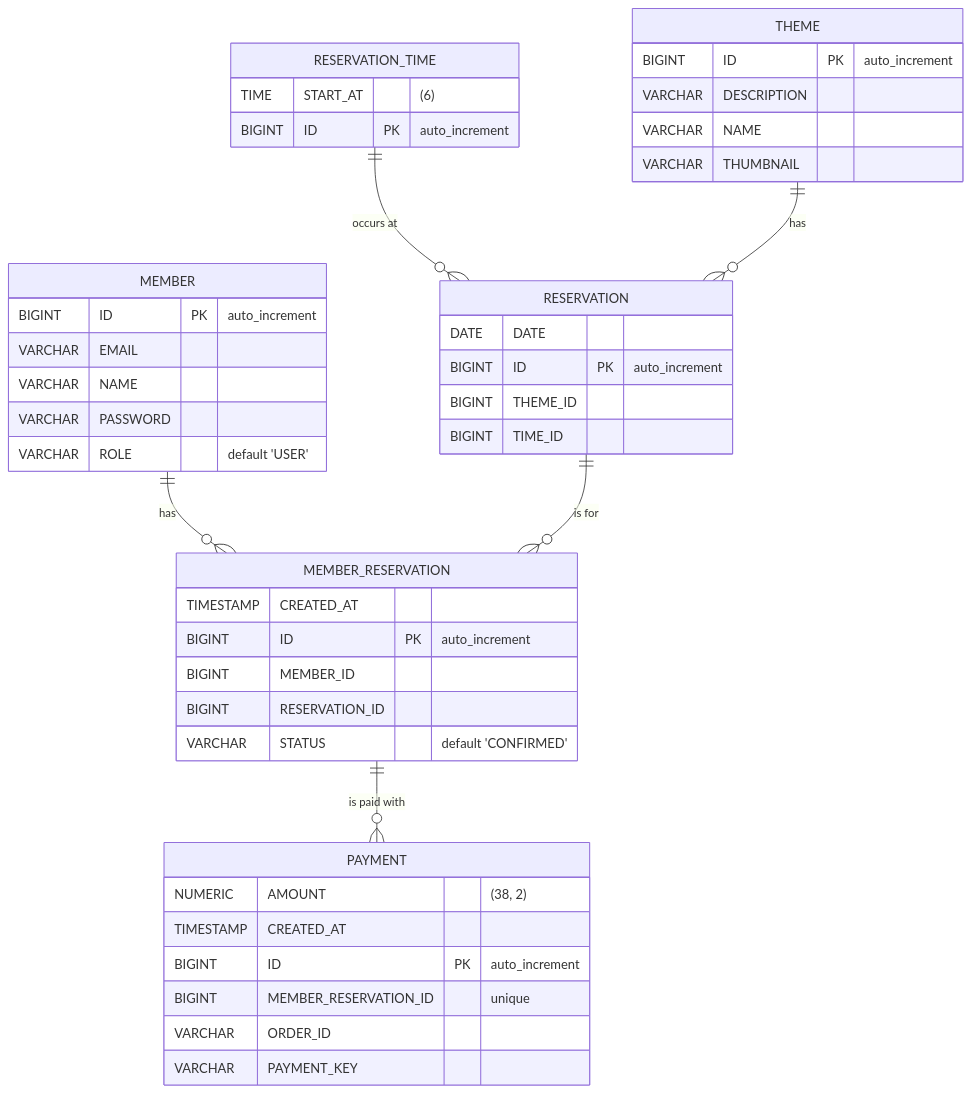
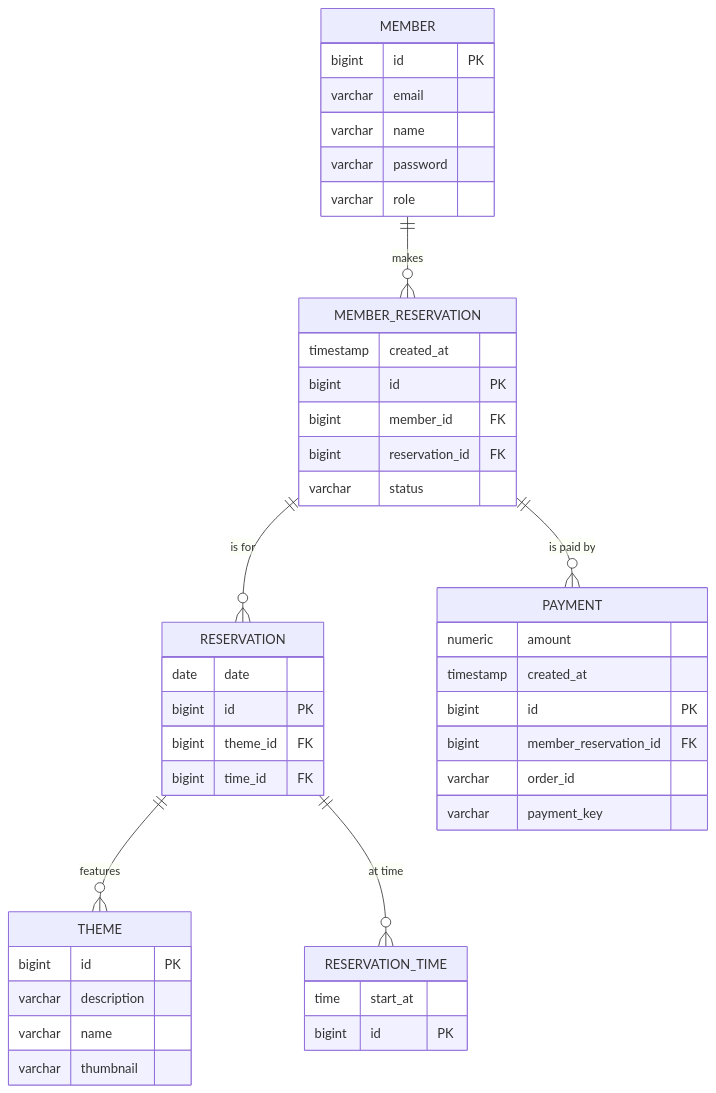
The diagram in README.md (woowacourse/spring-roomescape-payment), drawn with Mermaid before and after one commit. The commit also changed other lines of this file, not shown here.

Commit message:
docs: ERD 수정 및 이모지 추가

````diff
--- a/README.md
+++ b/README.md
@@ -39,52 +46,52 @@
 ```mermaid
 erDiagram
     MEMBER {
-        BIGINT ID PK "auto_increment"
-        VARCHAR EMAIL
-        VARCHAR NAME
-        VARCHAR PASSWORD
-        VARCHAR ROLE "default 'USER'"
+        bigint id PK
+        varchar email
+        varchar name
+        varchar password
+        varchar role
     }
 
     MEMBER_RESERVATION {
-        TIMESTAMP CREATED_AT
-        BIGINT ID PK "auto_increment"
-        BIGINT MEMBER_ID
-        BIGINT RESERVATION_ID
-        VARCHAR STATUS "default 'CONFIRMED'"
+        timestamp created_at
+        bigint id PK
+        bigint member_id FK
+        bigint reservation_id FK
+        varchar status
+    }
+
+    RESERVATION {
+        date date
+        bigint id PK
+        bigint theme_id FK
+        bigint time_id FK
+    }
+
+    RESERVATION_TIME {
+        time start_at
+        bigint id PK
+    }
+
+    THEME {
+        bigint id PK
+        varchar description
+        varchar name
+        varchar thumbnail
     }
 
     PAYMENT {
-        NUMERIC AMOUNT "(38, 2)"
-        TIMESTAMP CREATED_AT
-        BIGINT ID PK "auto_increment"
-        BIGINT MEMBER_RESERVATION_ID "unique"
-        VARCHAR ORDER_ID
-        VARCHAR PAYMENT_KEY
+        numeric amount
+        timestamp created_at
+        bigint id PK
+        bigint member_reservation_id FK
+        varchar order_id
+        varchar payment_key
     }
 
-    RESERVATION {
-        DATE DATE
-        BIGINT ID PK "auto_increment"
-        BIGINT THEME_ID
-        BIGINT TIME_ID
-    }
-
-    RESERVATION_TIME {
-        TIME START_AT "(6)"
-        BIGINT ID PK "auto_increment"
-    }
-
-    THEME {
-        BIGINT ID PK "auto_increment"
-        VARCHAR DESCRIPTION
-        VARCHAR NAME
-        VARCHAR THUMBNAIL
-    }
-
-    MEMBER ||--o{ MEMBER_RESERVATION: "has"
-    RESERVATION ||--o{ MEMBER_RESERVATION: "is for"
-    RESERVATION_TIME ||--o{ RESERVATION: "occurs at"
-    THEME ||--o{ RESERVATION: "has"
-    MEMBER_RESERVATION ||--o{ PAYMENT: "is paid with"
+    MEMBER ||--o{ MEMBER_RESERVATION: "makes"
+    MEMBER_RESERVATION ||--o{ RESERVATION: "is for"
+    RESERVATION ||--o{ THEME: "features"
+    RESERVATION ||--o{ RESERVATION_TIME: "at time"
+    MEMBER_RESERVATION ||--o{ PAYMENT: "is paid by"
 ```
````
